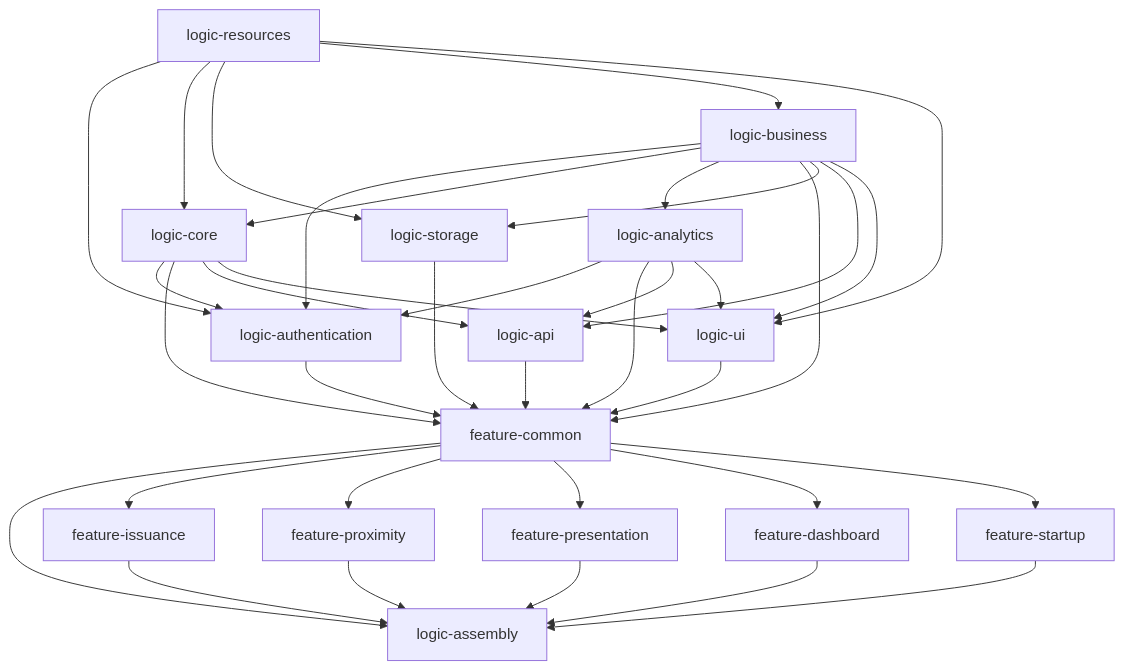
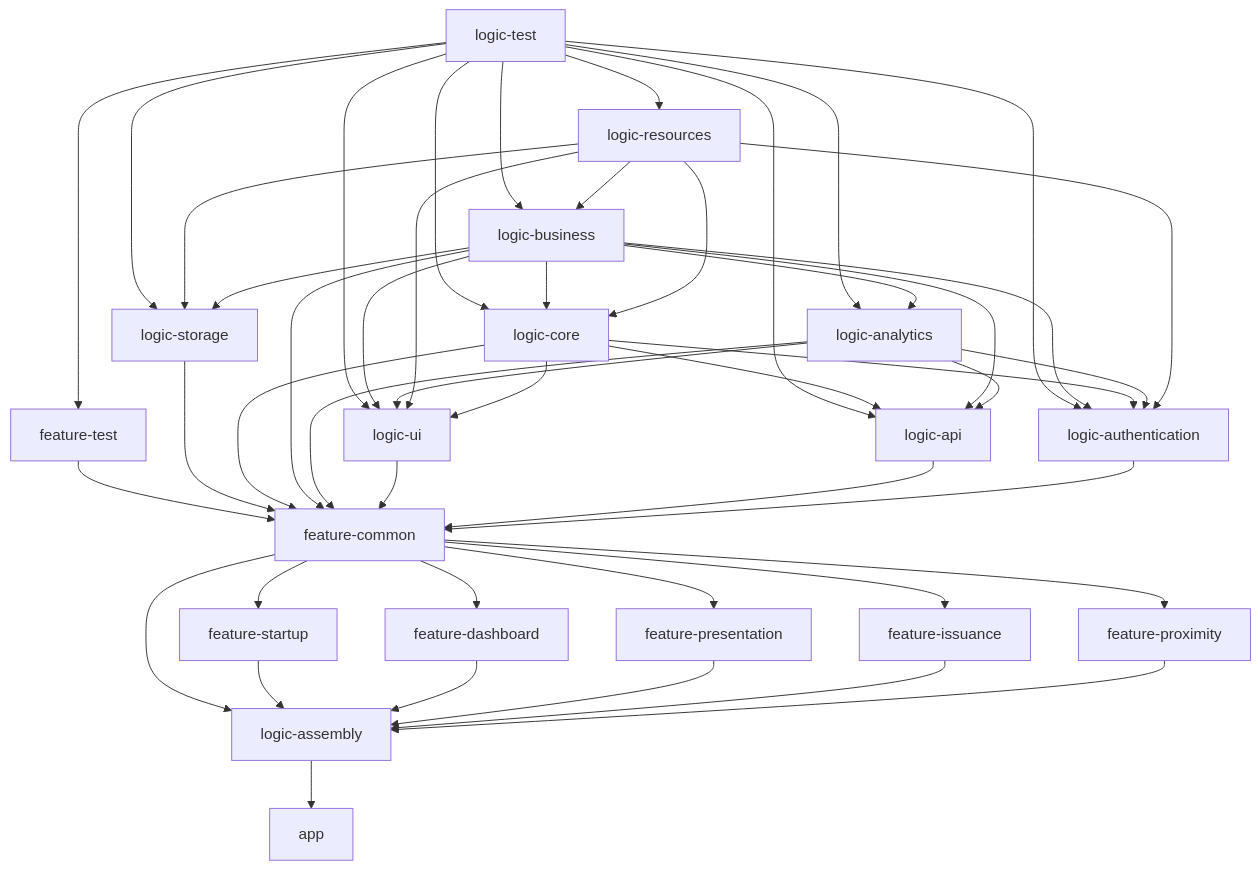
One commit to eu-digital-identity-wallet/eudi-app-ios-wallet-ui changed the diagram in README.md. Above: the diagram before and after it, drawn with Mermaid.

Commit message:
Update README with package structure diagram
Added mermaid diagram to illustrate package structure.

````diff
--- a/README.md
+++ b/README.md
@@ -176,53 +176,66 @@
 ```mermaid
 graph TD;
+
+  logic-test --> logic-business
+  logic-test --> logic-core
+  logic-test --> logic-analytics
+  logic-test --> logic-resources
+  logic-test --> logic-storage
+  logic-test --> logic-ui
+  logic-test --> logic-api
+  logic-test --> logic-authentication
+
+  logic-test --> feature-test
+  
+  feature-test --> feature-common
+
   logic-business --> logic-authentication
   logic-core --> logic-authentication
   logic-analytics --> logic-authentication
   logic-resources --> logic-authentication
 
   feature-common --> logic-assembly
   feature-startup --> logic-assembly
   feature-dashboard --> logic-assembly
   feature-presentation --> logic-assembly
   feature-issuance --> logic-assembly
   feature-proximity --> logic-assembly
 
   logic-business --> logic-core
   logic-resources --> logic-core
   logic-resources --> logic-storage
 
   logic-business --> logic-analytics
 
   feature-common --> feature-issuance
-
   feature-common --> feature-proximity
-
   feature-common --> feature-presentation
-
   feature-common --> feature-dashboard
 
   logic-storage --> feature-common
   logic-core --> feature-common
   logic-business --> feature-common
   logic-analytics --> feature-common
   logic-ui --> feature-common
   logic-api --> feature-common
   logic-authentication --> feature-common
 
   feature-common --> feature-startup
 
   logic-business --> logic-storage
 
   logic-core --> logic-api
   logic-business --> logic-api
   logic-analytics --> logic-api
 
   logic-resources --> logic-business
 
   logic-business --> logic-ui
   logic-analytics --> logic-ui
   logic-resources --> logic-ui
 
   logic-core --> logic-ui
 
+  logic-assembly --> app
+
 ```
````
